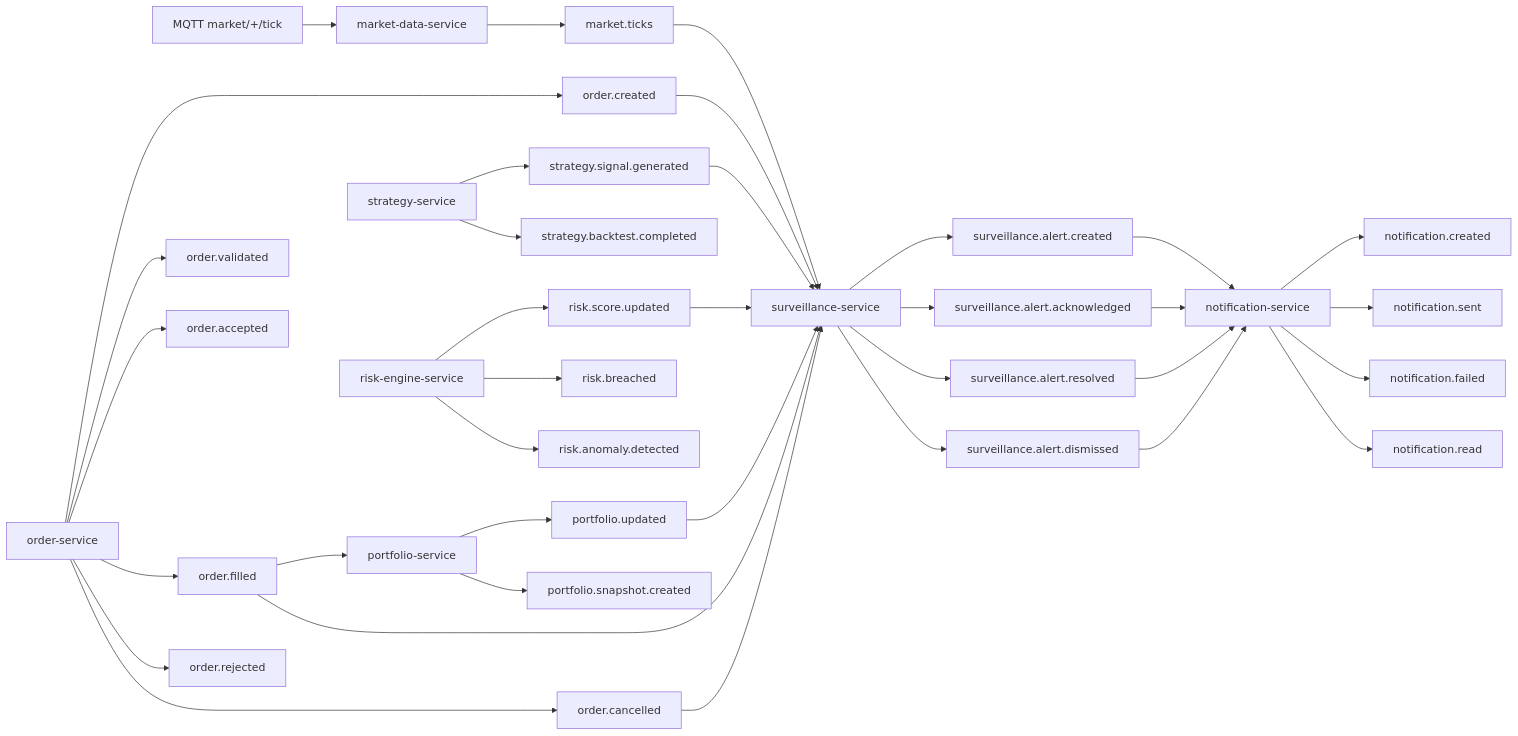
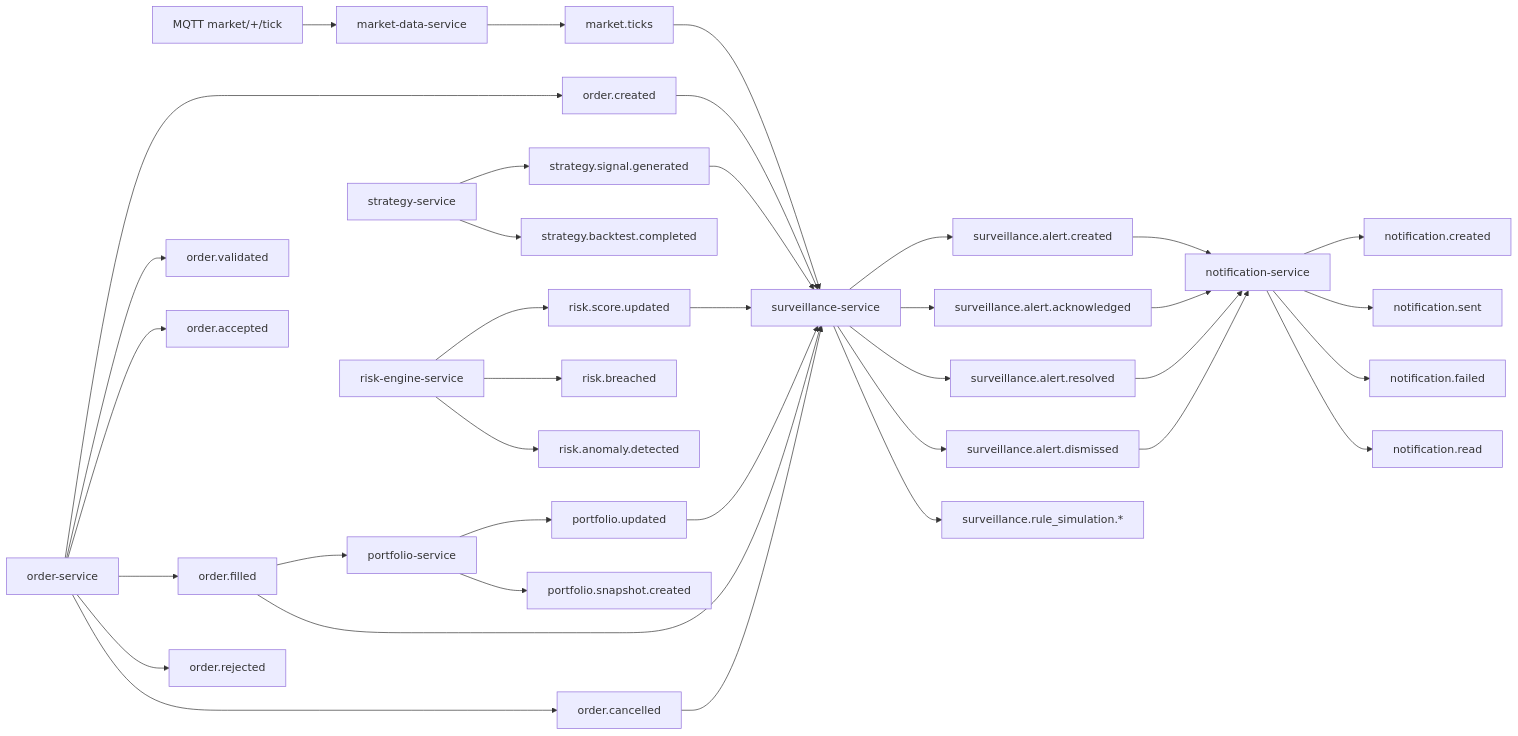
Before and after one commit to ietuday/tradeops-intelligence-platform: the second of 2 diagrams in docs/architecture/overview.md, drawn with Mermaid. The commit also changed other lines of this file and 30 other files, not shown here.

First line of the commit message:
feat: add dry-run simulation for surveillance rules

````diff
--- a/docs/architecture/overview.md
+++ b/docs/architecture/overview.md
@@ -114,46 +116,47 @@
 ```mermaid
 flowchart LR
   mqtt[MQTT market/+/tick] --> market[market-data-service]
   market --> t_market[market.ticks]
 
   orders[order-service] --> t_created[order.created]
   orders --> t_validated[order.validated]
   orders --> t_accepted[order.accepted]
   orders --> t_filled[order.filled]
   orders --> t_rejected[order.rejected]
   orders --> t_cancelled[order.cancelled]
 
   t_filled --> portfolio[portfolio-service]
   portfolio --> t_portfolio[portfolio.updated]
   portfolio --> t_snapshot[portfolio.snapshot.created]
 
   strategy[strategy-service] --> t_signal[strategy.signal.generated]
   strategy --> t_backtest[strategy.backtest.completed]
 
   risk[risk-engine-service] --> t_risk_score[risk.score.updated]
   risk --> t_risk_breached[risk.breached]
   risk --> t_risk_anomaly[risk.anomaly.detected]
 
   t_market --> surveillance[surveillance-service]
   t_created --> surveillance
   t_filled --> surveillance
   t_cancelled --> surveillance
   t_portfolio --> surveillance
   t_signal --> surveillance
   t_risk_score --> surveillance
 
   surveillance --> t_alert_created[surveillance.alert.created]
   surveillance --> t_alert_ack[surveillance.alert.acknowledged]
   surveillance --> t_alert_resolved[surveillance.alert.resolved]
   surveillance --> t_alert_dismissed[surveillance.alert.dismissed]
+  surveillance --> t_rule_simulation[surveillance.rule_simulation.*]
 
   t_alert_created --> notification[notification-service]
   t_alert_ack --> notification
   t_alert_resolved --> notification
   t_alert_dismissed --> notification
 
   notification --> t_notification_created[notification.created]
   notification --> t_notification_sent[notification.sent]
   notification --> t_notification_failed[notification.failed]
   notification --> t_notification_read[notification.read]
 ```
````
